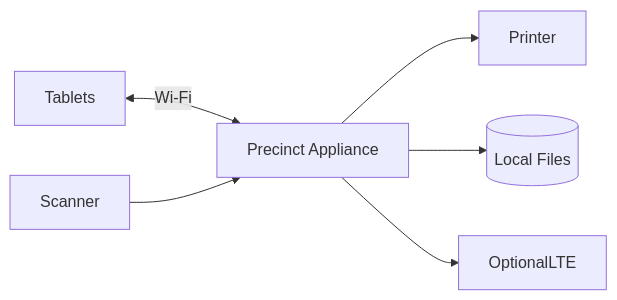
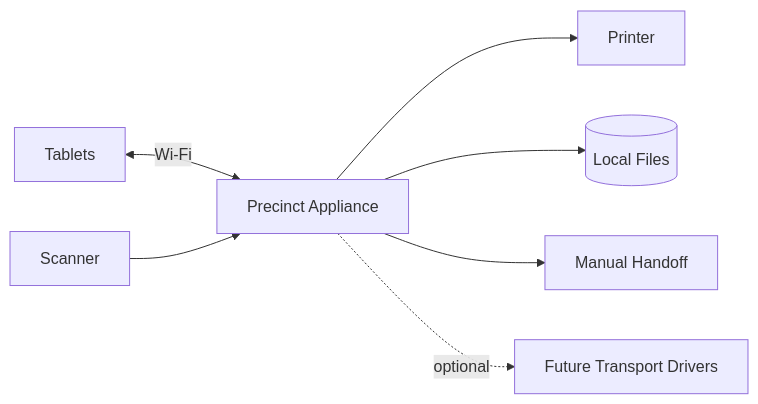
Before and after one commit to 3neti/aes: the first of 7 diagrams in docs/SYSTEM_DESIGN.md, drawn with Mermaid. The commit also changed other lines of this file and 5 other files, not shown here.

````diff
--- a/docs/SYSTEM_DESIGN.md
+++ b/docs/SYSTEM_DESIGN.md
@@ -54,25 +54,29 @@
 ```mermaid
 flowchart LR
 
     Tablets
 
     Printer
 
     Scanner
 
     RaspberryPi["Precinct Appliance"]
 
     LocalStorage[(Local Files)]
 
-    OptionalLTE
+    ManualHandoff["Manual Handoff"]
+
+    FutureTransport["Future Transport Drivers"]
 
     Tablets <-- Wi-Fi --> RaspberryPi
 
     Scanner --> RaspberryPi
 
     RaspberryPi --> Printer
 
     RaspberryPi --> LocalStorage
 
-    RaspberryPi --> OptionalLTE
+    RaspberryPi --> ManualHandoff
+
+    RaspberryPi -. optional .-> FutureTransport
 ```
````
